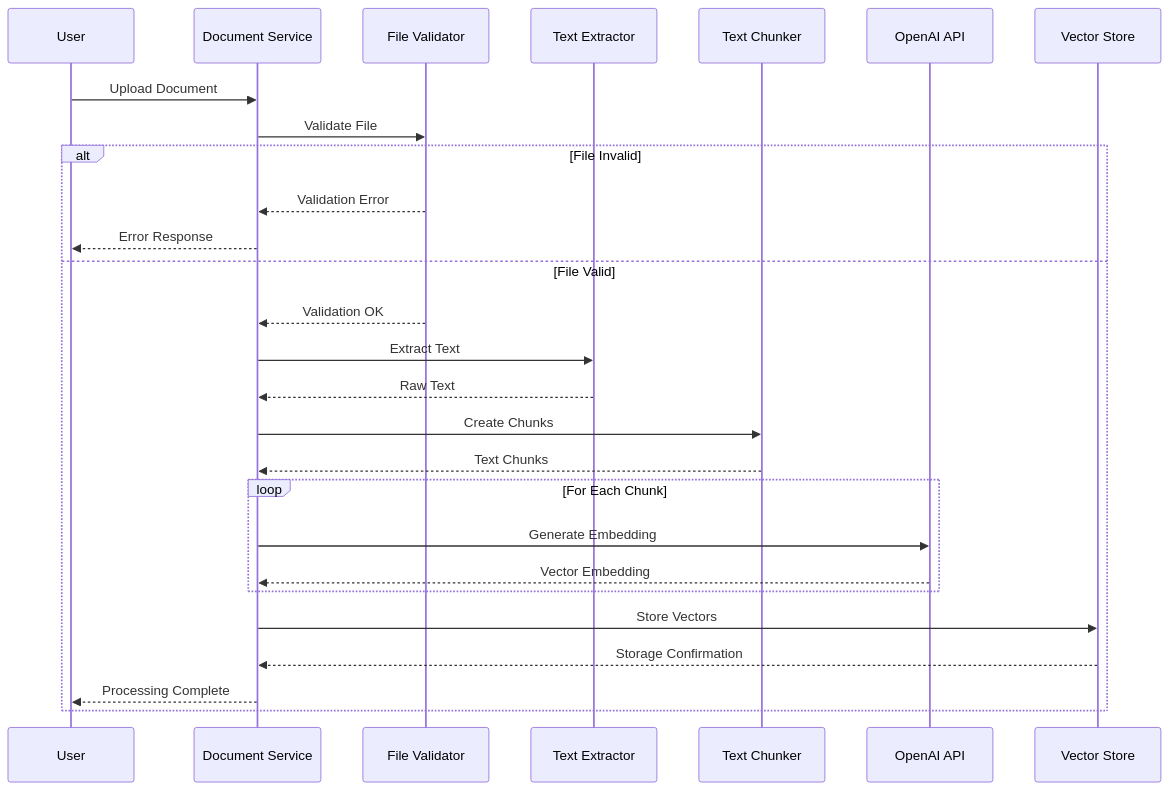
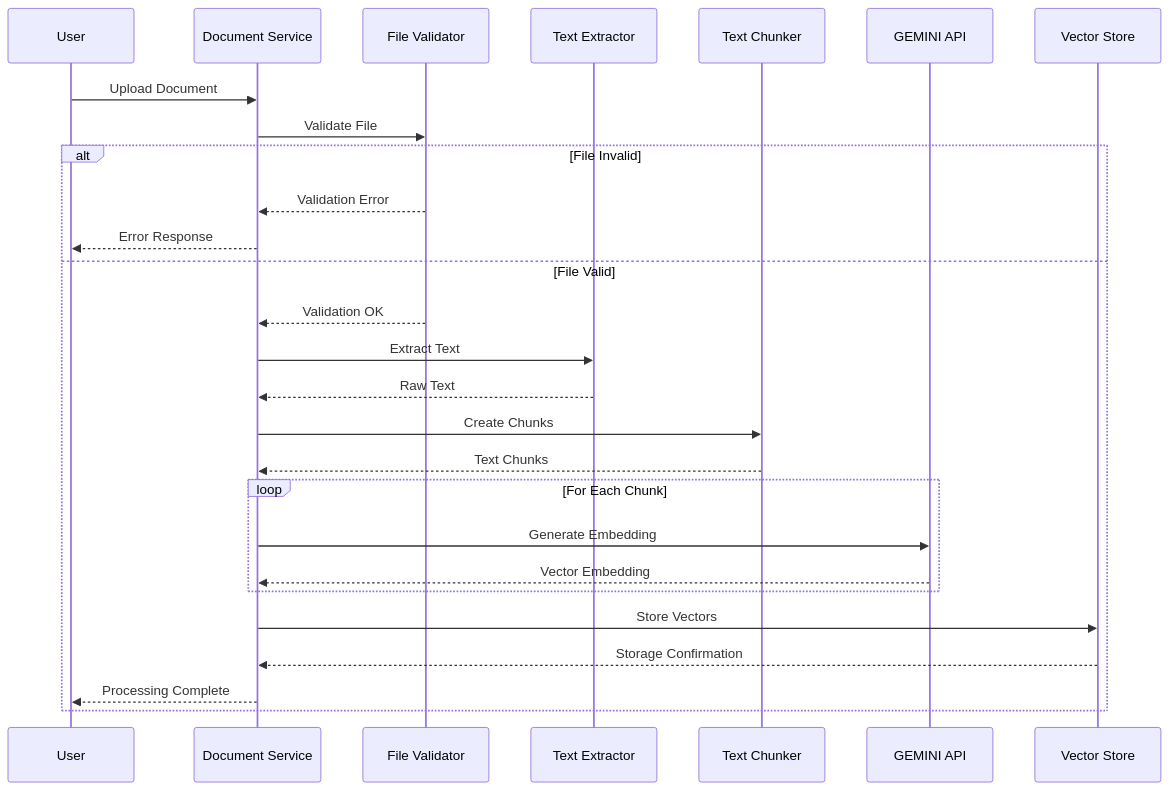
Before and after one commit to rahulsamant37/HackRx_Bajaj_Hackathon: the second of 11 diagrams in docs/diagrams/phase-2-core-rag-workflow.md, drawn with Mermaid. The commit also changed other lines of this file and 9 other files, not shown here.

````diff
--- a/docs/diagrams/phase-2-core-rag-workflow.md
+++ b/docs/diagrams/phase-2-core-rag-workflow.md
@@ -108,34 +108,34 @@
 ```mermaid
 sequenceDiagram
     participant User as User
     participant DocService as Document Service
     participant FileValidator as File Validator
     participant TextExtractor as Text Extractor
     participant Chunker as Text Chunker
-    participant OpenAI as OpenAI API
+    participant GEMINI as GEMINI API
     participant FAISS as Vector Store
 
     User->>DocService: Upload Document
     DocService->>FileValidator: Validate File
     
     alt File Invalid
         FileValidator-->>DocService: Validation Error
         DocService-->>User: Error Response
     else File Valid
         FileValidator-->>DocService: Validation OK
         DocService->>TextExtractor: Extract Text
         TextExtractor-->>DocService: Raw Text
         
         DocService->>Chunker: Create Chunks
         Chunker-->>DocService: Text Chunks
         
         loop For Each Chunk
-            DocService->>OpenAI: Generate Embedding
-            OpenAI-->>DocService: Vector Embedding
+            DocService->>GEMINI: Generate Embedding
+            GEMINI-->>DocService: Vector Embedding
         end
         
         DocService->>FAISS: Store Vectors
         FAISS-->>DocService: Storage Confirmation
         DocService-->>User: Processing Complete
     end
 ```
````
